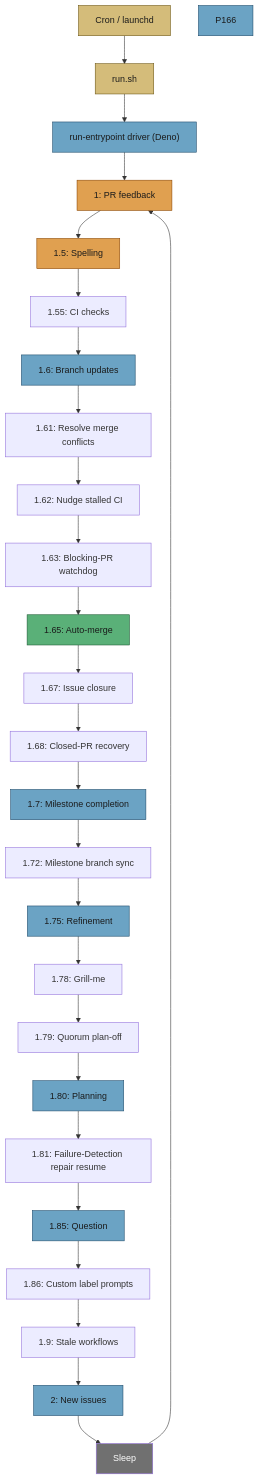
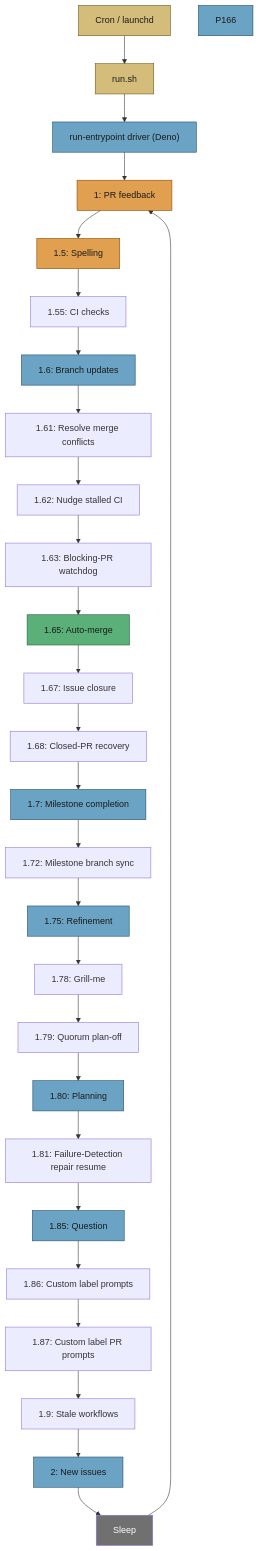
The second of 4 diagrams in docs/workflows/README.md (stSoftwareAU/VibeCoder), drawn with Mermaid before and after one commit. The commit also changed other lines of this file and 27 other files, not shown here.

First line of the commit message:
feat: PR-phase custom label prompts, end to end (Issues #1008, #1009, #1010, #1011, #1012)

````diff
--- a/docs/workflows/README.md
+++ b/docs/workflows/README.md
@@ -143,42 +144,43 @@
 ```mermaid
 flowchart TD
   Cron["Cron / launchd"] --> Run["run.sh"]
   Run --> Core["run-entrypoint driver (Deno)"]
   Core --> P1["1: PR feedback"]
   P1 --> P15["1.5: Spelling"]
   P15 --> P155["1.55: CI checks"]
   P155 --> P16["1.6: Branch updates"]
   P16 --> P161["1.61: Resolve merge conflicts"]
   P161 --> P162["1.62: Nudge stalled CI"]
   P162 --> P163["1.63: Blocking-PR watchdog"]
   P163 --> P165["1.65: Auto-merge"]
   P165 --> P167["1.67: Issue closure"]
   P167 --> P168["1.68: Closed-PR recovery"]
   P168 --> P17["1.7: Milestone completion"]
   P17 --> P172["1.72: Milestone branch sync"]
   P172 --> P175["1.75: Refinement"]
   P175 --> P178["1.78: Grill-me"]
   P178 --> P179["1.79: Quorum plan-off"]
   P179 --> P18["1.80: Planning"]
   P18 --> P181["1.81: Failure-Detection repair resume"]
   P181 --> P185["1.85: Question"]
   P185 --> P186["1.86: Custom label prompts"]
-  P186 --> P19["1.9: Stale workflows"]
+  P186 --> P187["1.87: Custom label PR prompts"]
+  P187 --> P19["1.9: Stale workflows"]
   P19 --> P2["2: New issues"]
   P2 --> Sleep["Sleep"]
   Sleep --> P1
   style Cron fill:#d4bc7a,stroke:#6b5510,color:#1a1a1a
   style Run fill:#d4bc7a,stroke:#6b5510,color:#1a1a1a
   style Core fill:#6ba3c4,stroke:#1d4a6a,color:#1a1a1a
   style P1 fill:#e0a050,stroke:#8b4500,color:#1a1a1a
   style P15 fill:#e0a050,stroke:#8b4500,color:#1a1a1a
   style P16 fill:#6ba3c4,stroke:#1d4a6a,color:#1a1a1a
   style P165 fill:#5ab078,stroke:#1d5a35,color:#1a1a1a
   style P166 fill:#6ba3c4,stroke:#1d4a6a,color:#1a1a1a
   style P17 fill:#6ba3c4,stroke:#1d4a6a,color:#1a1a1a
   style P175 fill:#6ba3c4,stroke:#1d4a6a,color:#1a1a1a
   style P18 fill:#6ba3c4,stroke:#1d4a6a,color:#1a1a1a
   style P185 fill:#6ba3c4,stroke:#1d4a6a,color:#1a1a1a
   style P2 fill:#6ba3c4,stroke:#1d4a6a,color:#1a1a1a
   style Sleep fill:#707070,stroke:,color:#fff
 ```
````
